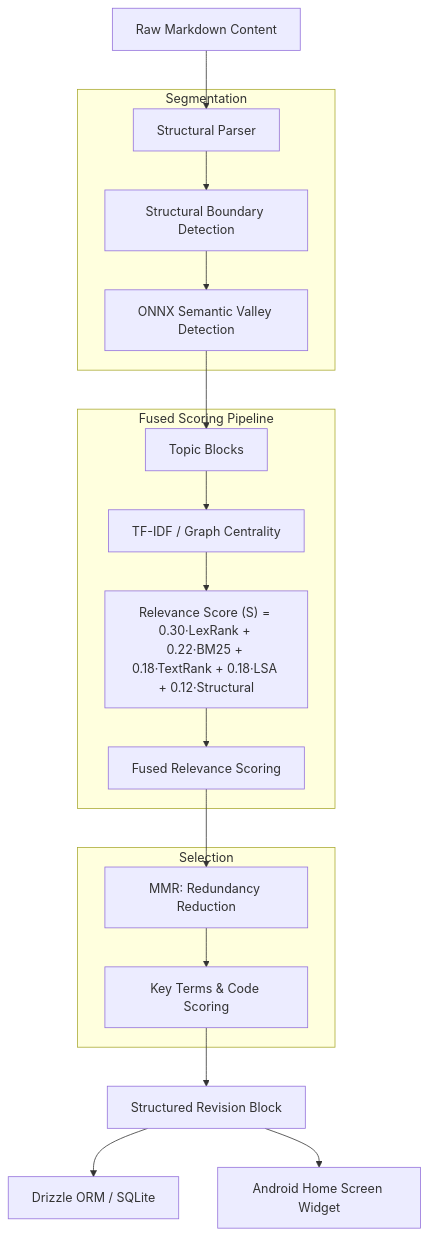
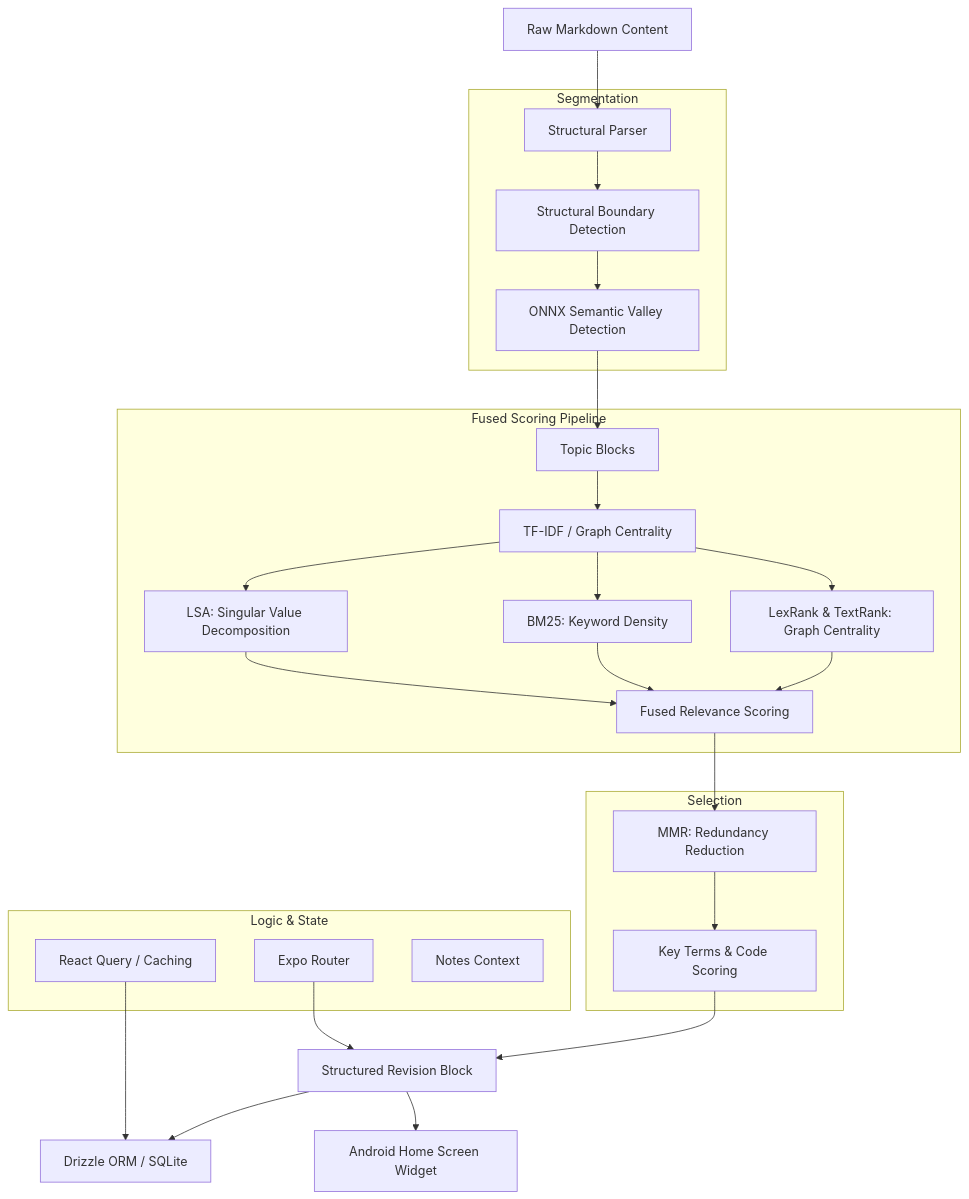
The diagram in README.md (VaranasiRahul/RVX-AI-NOTES-PUBLIC), drawn with Mermaid before and after one commit. The commit also changed other lines of this file, not shown here.

Commit message:
Polish README architecture: consolidate diagrams and add prominent AI formula

````diff
--- a/README.md
+++ b/README.md
@@ -82,28 +82,39 @@
 ```mermaid
 graph TD
     Input[Raw Markdown Content] --> Parser[Structural Parser]
     
     subgraph Chunking_Layer [Segmentation]
         Parser --> Structural[Structural Boundary Detection]
         Structural --> Semantic[ONNX Semantic Valley Detection]
     end
     
     Semantic --> Blocks[Topic Blocks]
     
     subgraph Intelligence_Layer [Fused Scoring Pipeline]
         Blocks --> TFIDF[TF-IDF / Graph Centrality]
-        TFIDF --> Formula["Relevance Score (S) = 0.30·LexRank + 0.22·BM25 + 0.18·TextRank + 0.18·LSA + 0.12·Structural"]
-        Formula --> FusedScore[Fused Relevance Scoring]
+        TFIDF --> Graph[LexRank & TextRank: Graph Centrality]
+        TFIDF --> BM25[BM25: Keyword Density]
+        TFIDF --> LSA[LSA: Singular Value Decomposition]
+        Graph & BM25 & LSA --> FusedScore[Fused Relevance Scoring]
     end
     
     subgraph Optimization_Layer [Selection]
         FusedScore --> MMR[MMR: Redundancy Reduction]
         MMR --> Extract[Key Terms & Code Scoring]
     end
     
     Extract --> Final[Structured Revision Block]
 
     %% Main System Connections
     Final --> Drizzle[Drizzle ORM / SQLite]
     Final --> Widget[Android Home Screen Widget]
+    
+    subgraph App_Core [Logic & State]
+        Router[Expo Router]
+        ReactQuery[React Query / Caching]
+        Context[Notes Context]
+    end
+    
+    Router --> Final
+    ReactQuery --> Drizzle
 ```
````
